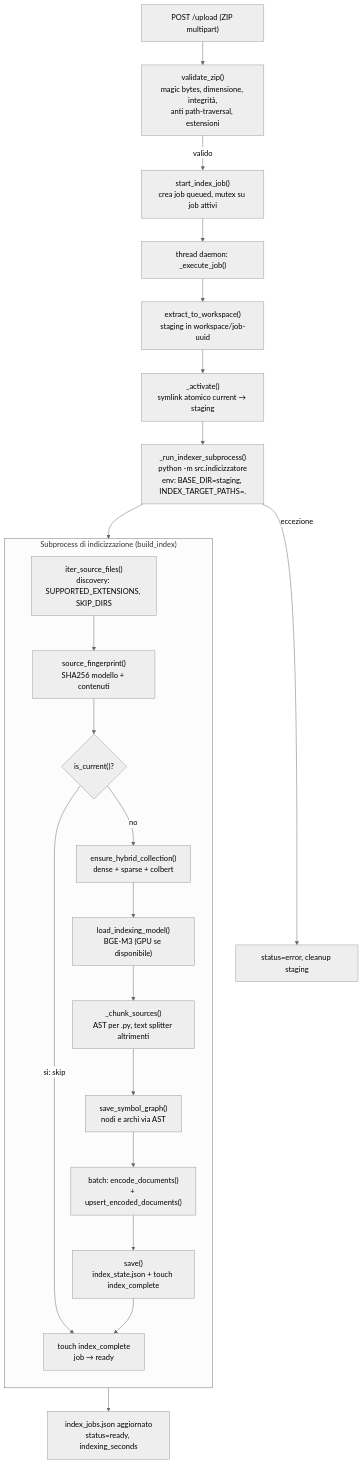
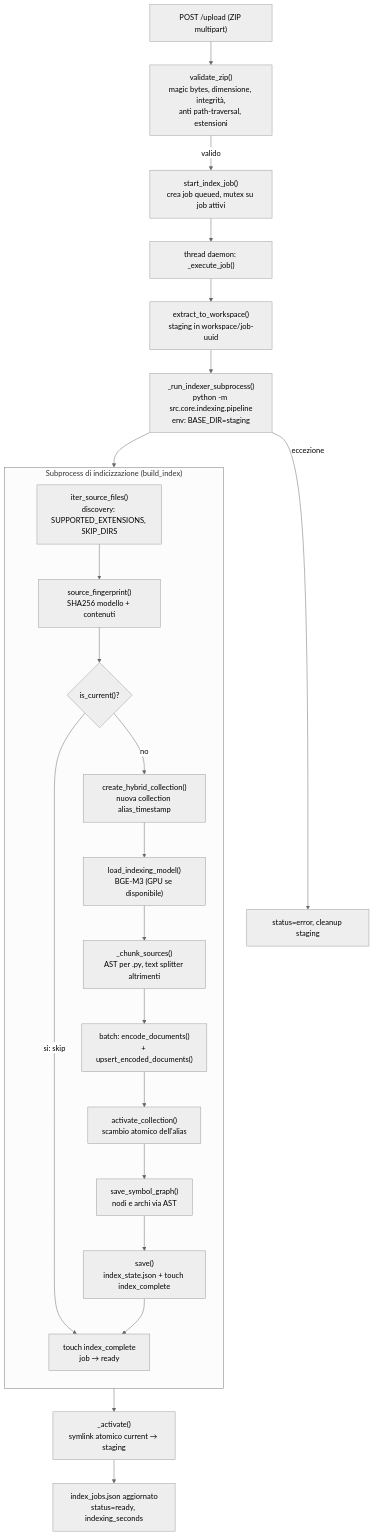
One commit to sfazzello01/PythonRagExpert changed the third of 4 diagrams in ARCHITECTURE.md. Above: the diagram before and after it, drawn with Mermaid (neutral theme). The commit also changed other lines of this file and 42 other files, not shown here.

````diff
--- a/ARCHITECTURE.md
+++ b/ARCHITECTURE.md
@@ -256,27 +254,28 @@
 ```mermaid
 flowchart TB
     A["POST /upload (ZIP multipart)"] --> B["validate_zip()<br/>magic bytes, dimensione, integrità,<br/>anti path-traversal, estensioni"]
     B -->|"valido"| C["start_index_job()<br/>crea job queued, mutex su job attivi"]
     C --> D["thread daemon: _execute_job()"]
     D --> E["extract_to_workspace()<br/>staging in workspace/job-uuid"]
-    E --> F["_activate()<br/>symlink atomico current → staging"]
-    F --> G["_run_indexer_subprocess()<br/>python -m src.indicizzatore<br/>env: BASE_DIR=staging, INDEX_TARGET_PATHS=."]
+    E --> G["_run_indexer_subprocess()<br/>python -m src.core.indexing.pipeline<br/>env: BASE_DIR=staging"]
 
     subgraph IDX["Subprocess di indicizzazione (build_index)"]
         direction TB
         H["iter_source_files()<br/>discovery: SUPPORTED_EXTENSIONS, SKIP_DIRS"] --> I["source_fingerprint()<br/>SHA256 modello + contenuti"]
         I --> J{"is_current()?"}
         J -->|"sì: skip"| Z["touch index_complete<br/>job → ready"]
-        J -->|"no"| K["ensure_hybrid_collection()<br/>dense + sparse + colbert"]
+        J -->|"no"| K["create_hybrid_collection()<br/>nuova collection alias_timestamp"]
         K --> L["load_indexing_model()<br/>BGE-M3 (GPU se disponibile)"]
         L --> M["_chunk_sources()<br/>AST per .py, text splitter altrimenti"]
-        M --> N["save_symbol_graph()<br/>nodi e archi via AST"]
-        N --> O["batch: encode_documents()<br/>+ upsert_encoded_documents()"]
-        O --> P["save()<br/>index_state.json + touch index_complete"]
+        M --> O["batch: encode_documents()<br/>+ upsert_encoded_documents()"]
+        O --> N["activate_collection()<br/>scambio atomico dell'alias"]
+        N --> S["save_symbol_graph()<br/>nodi e archi via AST"]
+        S --> P["save()<br/>index_state.json + touch index_complete"]
         P --> Z
     end
 
     G --> H
-    Z --> Q["index_jobs.json aggiornato<br/>status=ready, indexing_seconds"]
+    Z --> F["_activate()<br/>symlink atomico current → staging"]
+    F --> Q["index_jobs.json aggiornato<br/>status=ready, indexing_seconds"]
     G -->|"eccezione"| R["status=error, cleanup staging"]
 ```
````
